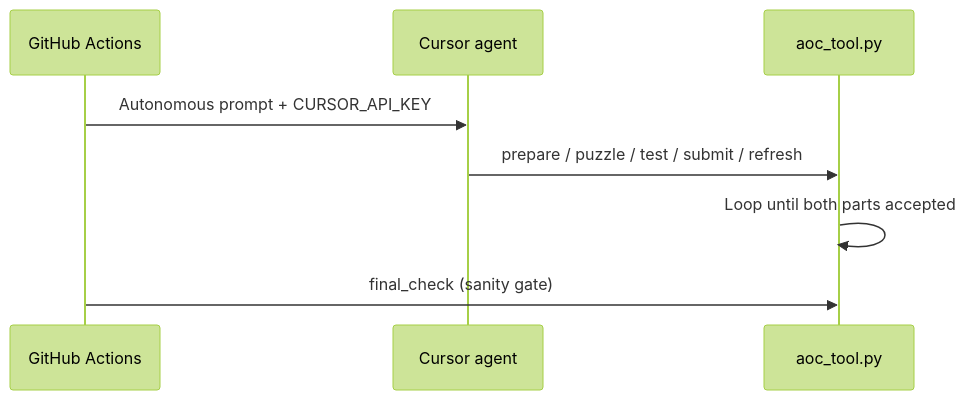
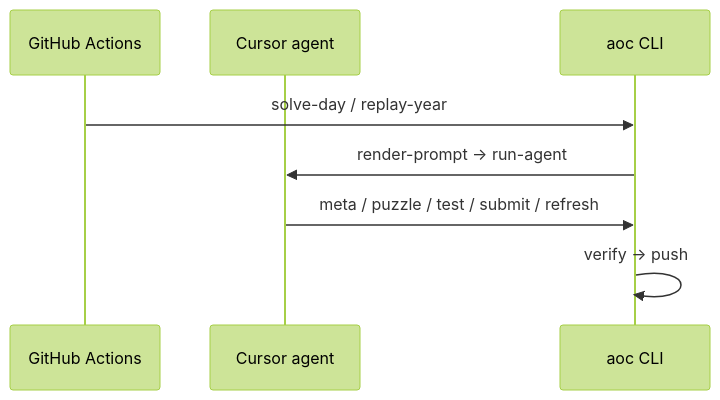
Before and after one commit to levyvix/aoc-bot: the diagram in README.md, drawn with Mermaid (forest theme). The commit also changed other lines of this file and 31 other files, not shown here.

First line of the commit message:
Replace bash scripts with a unified aoc CLI.

````diff
--- a/README.md
+++ b/README.md
@@ -7,11 +7,11 @@
 ```mermaid
 sequenceDiagram
     participant CI as GitHub Actions
     participant Agent as Cursor agent
-    participant Tool as aoc_tool.py
+    participant CLI as aoc CLI
 
-    CI->>Agent: Autonomous prompt + CURSOR_API_KEY
-    Agent->>Tool: prepare / puzzle / test / submit / refresh
-    Tool->>Tool: Loop until both parts accepted
-    CI->>Tool: final_check (sanity gate)
+    CI->>CLI: solve-day / replay-year
+    CLI->>Agent: render-prompt → run-agent
+    Agent->>CLI: meta / puzzle / test / submit / refresh
+    CLI->>CLI: verify → push
 ```
````
